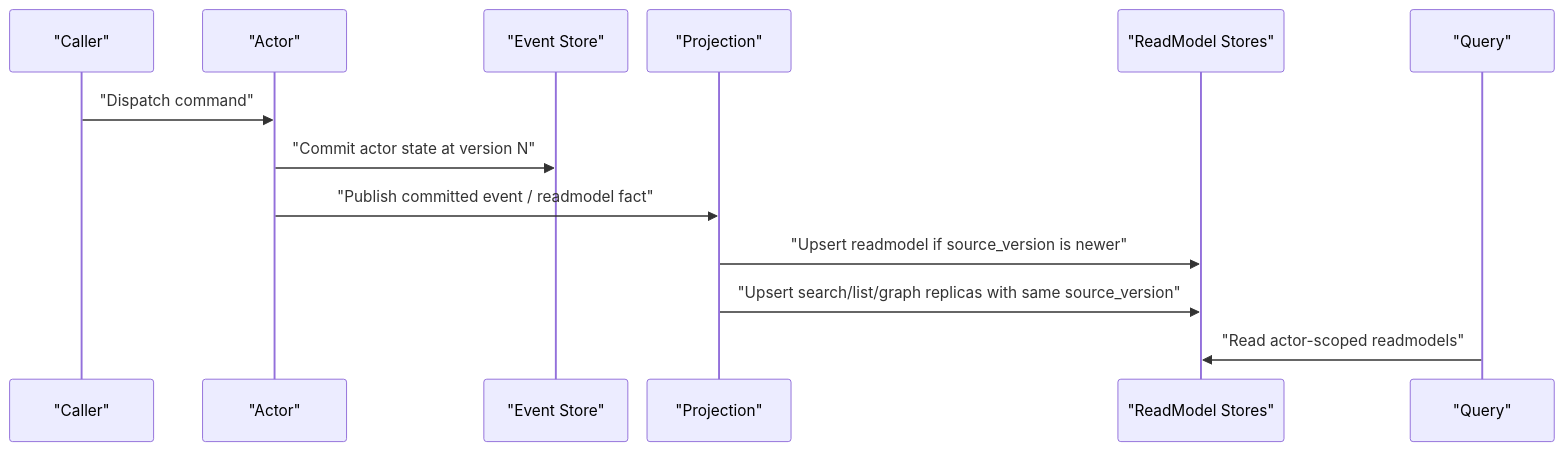
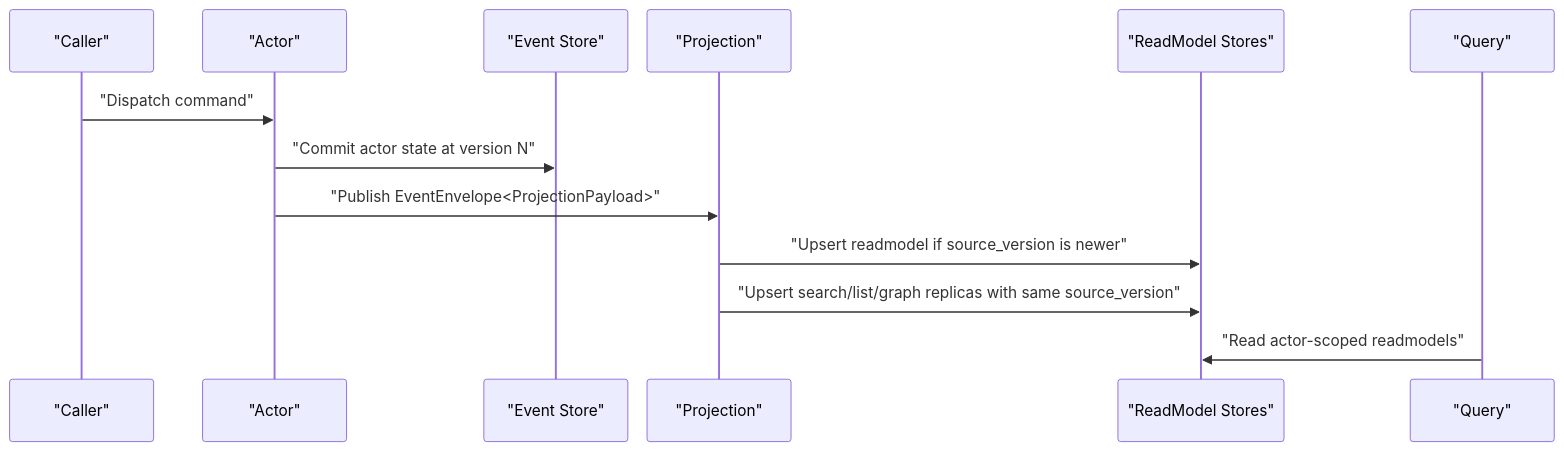
Before and after one commit to aevatarAI/aevatar: the third of 3 diagrams in docs/architecture/2026-03-15-state-mirror-readmodel-refactor-implementation-blueprint.md, drawn with Mermaid. The commit also changed other lines of this file and 37 other files, not shown here.

````diff
--- a/docs/architecture/2026-03-15-state-mirror-readmodel-refactor-implementation-blueprint.md
+++ b/docs/architecture/2026-03-15-state-mirror-readmodel-refactor-implementation-blueprint.md
@@ -201,17 +216,17 @@
 ```mermaid
 %%{init: {"maxTextSize": 100000, "sequence": {"useMaxWidth": false, "actorMargin": 20, "messageMargin": 8, "diagramMarginX": 10, "diagramMarginY": 10}, "themeVariables": {"fontSize": "10px"}}}%%
 sequenceDiagram
   participant C as "Caller"
   participant A as "Actor"
   participant ES as "Event Store"
   participant P as "Projection"
   participant D as "ReadModel Stores"
   participant Q as "Query"
 
   C->>A: "Dispatch command"
   A->>ES: "Commit actor state at version N"
-  A->>P: "Publish committed event / readmodel fact"
+  A->>P: "Publish EventEnvelope<ProjectionPayload>"
   P->>D: "Upsert readmodel if source_version is newer"
   P->>D: "Upsert search/list/graph replicas with same source_version"
   Q->>D: "Read actor-scoped readmodels"
 ```
````
